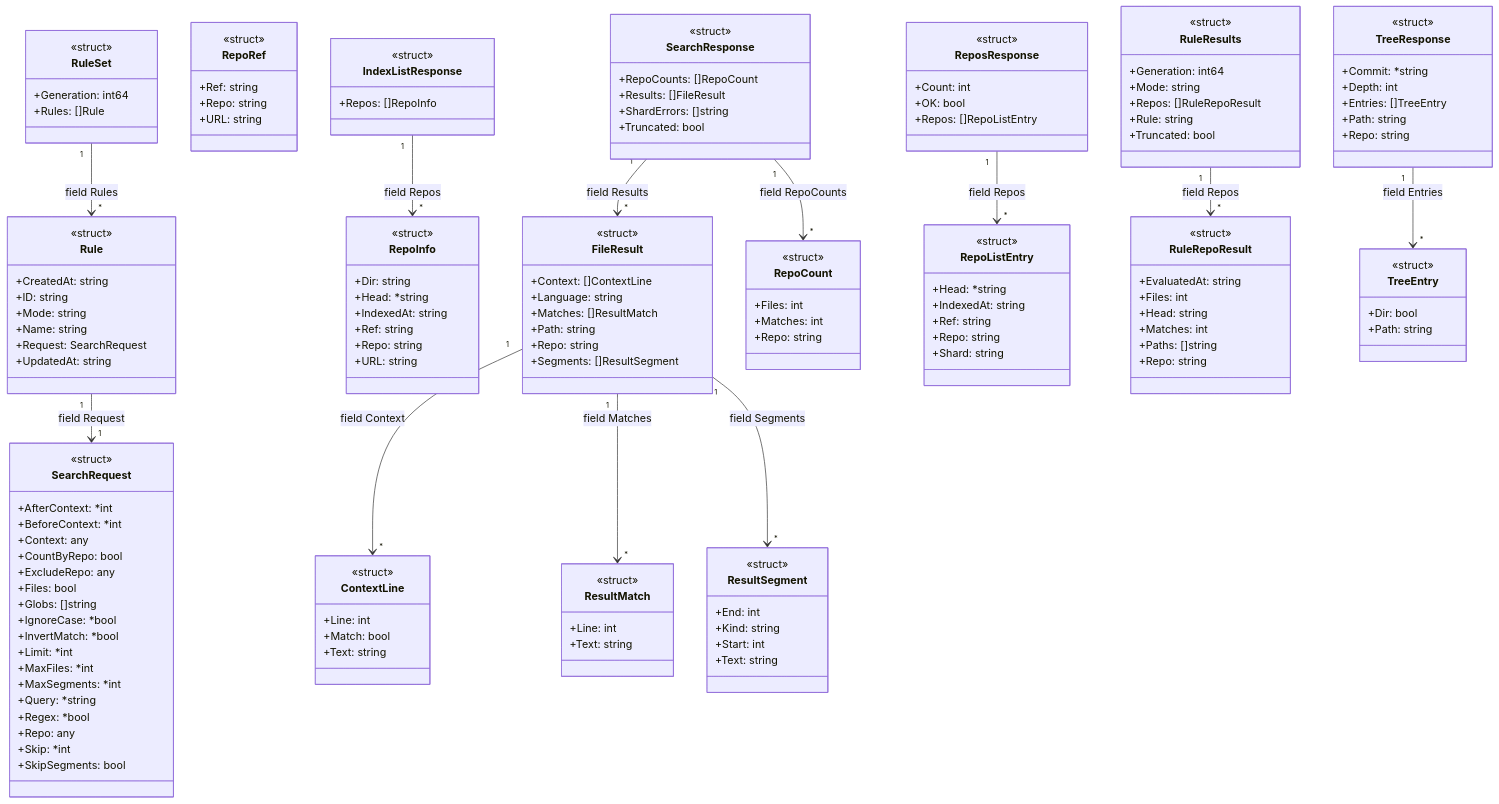
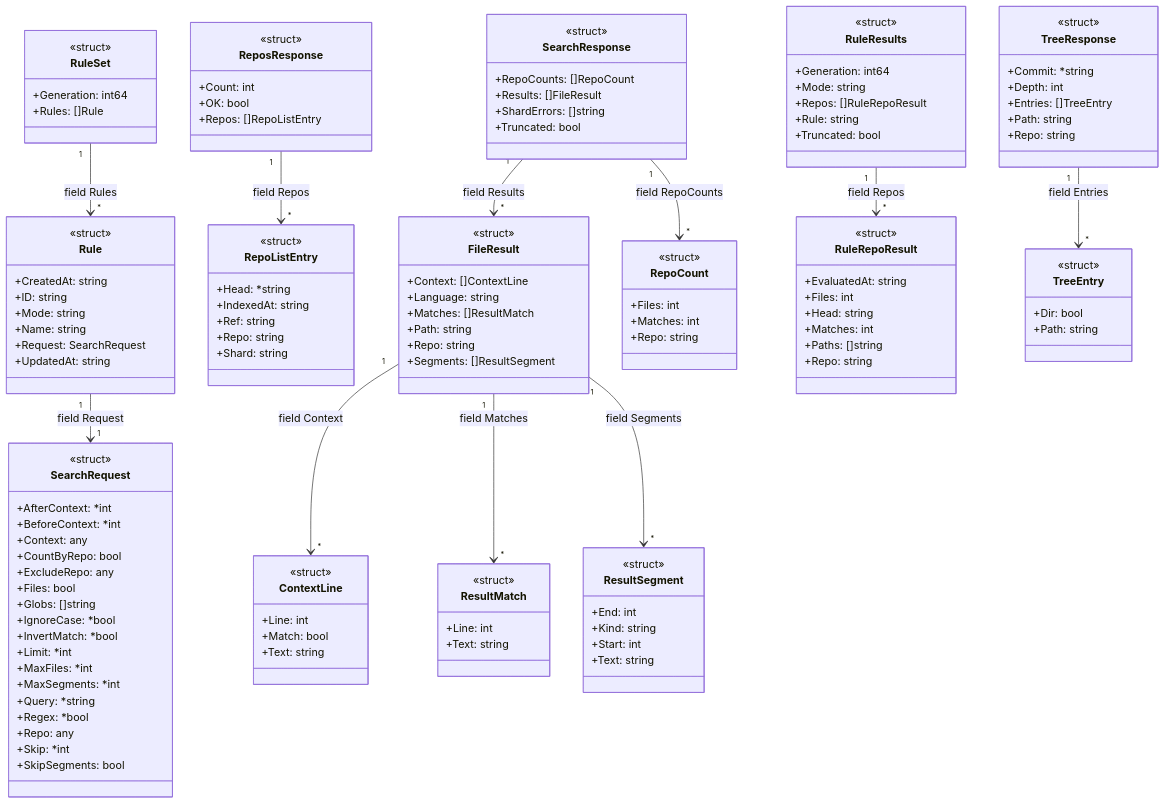
The diagram in .grepple/api.package/structure.mmd (greppleai/grepple), drawn with Mermaid before and after one commit. The commit also changed 260 other files, not shown here.

```diff
--- a/.grepple/api.package/structure.mmd
+++ b/.grepple/api.package/structure.mmd
@@ -1,6 +1,6 @@
 classDiagram
-    %% grepple:complete-package grepple/internal/api
-    %% grepple:package-default grepple/internal/api
+    %% grepple:complete-package github.com/greppleai/grepple/api
+    %% grepple:package-default github.com/greppleai/grepple/api
     %% grepple:language-default go
     %% grepple:exact-default
     class ContextLine {
@@ -9,7 +9,7 @@
         +Text: string
     }
     <<struct>> ContextLine
-    %% grepple:file ContextLine internal/api/model.go
+    %% grepple:file ContextLine api/model.go
     %% grepple:struct-tag ContextLine Line "json:\"line\""
     %% grepple:struct-tag ContextLine Match "json:\"match\""
     %% grepple:struct-tag ContextLine Text "json:\"text\""
@@ -22,45 +22,23 @@
         +Segments: []ResultSegment
     }
     <<struct>> FileResult
-    %% grepple:file FileResult internal/api/model.go
+    %% grepple:file FileResult api/model.go
     %% grepple:struct-tag FileResult Context "json:\"context,omitempty\""
     %% grepple:struct-tag FileResult Language "json:\"language\""
     %% grepple:struct-tag FileResult Matches "json:\"matches\""
     %% grepple:struct-tag FileResult Path "json:\"path\""
     %% grepple:struct-tag FileResult Repo "json:\"repo,omitempty\""
     %% grepple:struct-tag FileResult Segments "json:\"segments\""
-    class IndexListResponse {
-        +Repos: []RepoInfo
-    }
-    <<struct>> IndexListResponse
-    %% grepple:file IndexListResponse internal/api/model.go
-    %% grepple:struct-tag IndexListResponse Repos "json:\"repos\""
     class RepoCount {
         +Files: int
         +Matches: int
         +Repo: string
     }
     <<struct>> RepoCount
-    %% grepple:file RepoCount internal/api/model.go
+    %% grepple:file RepoCount api/model.go
     %% grepple:struct-tag RepoCount Files "json:\"files\""
     %% grepple:struct-tag RepoCount Matches "json:\"matches\""
     %% grepple:struct-tag RepoCount Repo "json:\"repo\""
-    class RepoInfo {
-        +Dir: string
-        +Head: *string
-        +IndexedAt: string
-        +Ref: string
-        +Repo: string
-        +URL: string
-    }
-    <<struct>> RepoInfo
-    %% grepple:file RepoInfo internal/api/model.go
-    %% grepple:struct-tag RepoInfo Dir "json:\"dir\""
-    %% grepple:struct-tag RepoInfo Head "json:\"head\""
-    %% grepple:struct-tag RepoInfo IndexedAt "json:\"indexedAt\""
-    %% grepple:struct-tag RepoInfo Ref "json:\"ref\""
-    %% grepple:struct-tag RepoInfo Repo "json:\"repo\""
-    %% grepple:struct-tag RepoInfo URL "json:\"url\""
     class RepoListEntry {
         +Head: *string
         +IndexedAt: string
@@ -69,29 +47,19 @@
         +Shard: string
     }
     <<struct>> RepoListEntry
-    %% grepple:file RepoListEntry internal/api/model.go
+    %% grepple:file RepoListEntry api/model.go
     %% grepple:struct-tag RepoListEntry Head "json:\"head,omitempty\""
     %% grepple:struct-tag RepoListEntry IndexedAt "json:\"indexedAt,omitempty\""
     %% grepple:struct-tag RepoListEntry Ref "json:\"ref,omitempty\""
     %% grepple:struct-tag RepoListEntry Repo "json:\"repo\""
     %% grepple:struct-tag RepoListEntry Shard "json:\"shard,omitempty\""
-    class RepoRef {
-        +Ref: string
-        +Repo: string
-        +URL: string
-    }
-    <<struct>> RepoRef
-    %% grepple:file RepoRef internal/api/model.go
-    %% grepple:struct-tag RepoRef Ref "json:\"ref,omitempty\""
-    %% grepple:struct-tag RepoRef Repo "json:\"repo\""
-    %% grepple:struct-tag RepoRef URL "json:\"url,omitempty\""
     class ReposResponse {
         +Count: int
         +OK: bool
         +Repos: []RepoListEntry
     }
     <<struct>> ReposResponse
-    %% grepple:file ReposResponse internal/api/model.go
+    %% grepple:file ReposResponse api/model.go
     %% grepple:struct-tag ReposResponse Count "json:\"count\""
     %% grepple:struct-tag ReposResponse OK "json:\"ok\""
     %% grepple:struct-tag ReposResponse Repos "json:\"repos\""
@@ -100,7 +68,7 @@
         +Text: string
     }
     <<struct>> ResultMatch
-    %% grepple:file ResultMatch internal/api/model.go
+    %% grepple:file ResultMatch api/model.go
     %% grepple:struct-tag ResultMatch Line "json:\"line\""
     %% grepple:struct-tag ResultMatch Text "json:\"text\""
     class ResultSegment {
@@ -110,7 +78,7 @@
         +Text: string
     }
     <<struct>> ResultSegment
-    %% grepple:file ResultSegment internal/api/model.go
+    %% grepple:file ResultSegment api/model.go
     %% grepple:struct-tag ResultSegment End "json:\"end\""
     %% grepple:struct-tag ResultSegment Kind "json:\"kind\""
     %% grepple:struct-tag ResultSegment Start "json:\"start\""
@@ -124,7 +92,7 @@
         +UpdatedAt: string
     }
     <<struct>> Rule
-    %% grepple:file Rule internal/api/model.go
+    %% grepple:file Rule api/model.go
     %% grepple:struct-tag Rule CreatedAt "json:\"createdAt,omitempty\""
     %% grepple:struct-tag Rule ID "json:\"id\""
     %% grepple:struct-tag Rule Mode "json:\"mode\""
@@ -140,7 +108,7 @@
         +Repo: string
     }
     <<struct>> RuleRepoResult
-    %% grepple:file RuleRepoResult internal/api/model.go
+    %% grepple:file RuleRepoResult api/model.go
     %% grepple:struct-tag RuleRepoResult EvaluatedAt "json:\"evaluatedAt,omitempty\""
     %% grepple:struct-tag RuleRepoResult Files "json:\"files\""
     %% grepple:struct-tag RuleRepoResult Head "json:\"head,omitempty\""
@@ -155,7 +123,7 @@
         +Truncated: bool
     }
     <<struct>> RuleResults
-    %% grepple:file RuleResults internal/api/model.go
+    %% grepple:file RuleResults api/model.go
     %% grepple:struct-tag RuleResults Generation "json:\"generation,omitempty\""
     %% grepple:struct-tag RuleResults Mode "json:\"mode,omitempty\""
     %% grepple:struct-tag RuleResults Repos "json:\"repos\""
@@ -166,7 +134,7 @@
         +Rules: []Rule
     }
     <<struct>> RuleSet
-    %% grepple:file RuleSet internal/api/model.go
+    %% grepple:file RuleSet api/model.go
     %% grepple:struct-tag RuleSet Generation "json:\"generation\""
     %% grepple:struct-tag RuleSet Rules "json:\"rules\""
     class SearchRequest {
@@ -189,7 +157,7 @@
         +SkipSegments: bool
     }
     <<struct>> SearchRequest
-    %% grepple:file SearchRequest internal/api/model.go
+    %% grepple:file SearchRequest api/model.go
     %% grepple:struct-tag SearchRequest AfterContext "json:\"afterContext,omitempty\""
     %% grepple:struct-tag SearchRequest BeforeContext "json:\"beforeContext,omitempty\""
     %% grepple:struct-tag SearchRequest Context "json:\"context,omitempty\""
@@ -214,7 +182,7 @@
         +Truncated: bool
     }
     <<struct>> SearchResponse
-    %% grepple:file SearchResponse internal/api/model.go
+    %% grepple:file SearchResponse api/model.go
     %% grepple:struct-tag SearchResponse RepoCounts "json:\"repoCounts,omitempty\""
     %% grepple:struct-tag SearchResponse Results "json:\"results\""
     %% grepple:struct-tag SearchResponse ShardErrors "json:\"shardErrors,omitempty\""
@@ -224,7 +192,7 @@
         +Path: string
     }
     <<struct>> TreeEntry
-    %% grepple:file TreeEntry internal/api/model.go
+    %% grepple:file TreeEntry api/model.go
     %% grepple:struct-tag TreeEntry Dir "json:\"dir\""
     %% grepple:struct-tag TreeEntry Path "json:\"path\""
     class TreeResponse {
@@ -235,7 +203,7 @@
         +Repo: string
     }
     <<struct>> TreeResponse
-    %% grepple:file TreeResponse internal/api/model.go
+    %% grepple:file TreeResponse api/model.go
     %% grepple:struct-tag TreeResponse Commit "json:\"commit\""
     %% grepple:struct-tag TreeResponse Depth "json:\"depth\""
     %% grepple:struct-tag TreeResponse Entries "json:\"entries\""
@@ -244,7 +212,6 @@
     FileResult "1" --> "*" ContextLine : field Context
     FileResult "1" --> "*" ResultMatch : field Matches
     FileResult "1" --> "*" ResultSegment : field Segments
-    IndexListResponse "1" --> "*" RepoInfo : field Repos
     ReposResponse "1" --> "*" RepoListEntry : field Repos
     Rule "1" --> "1" SearchRequest : field Request
     RuleResults "1" --> "*" RuleRepoResult : field Repos
```
